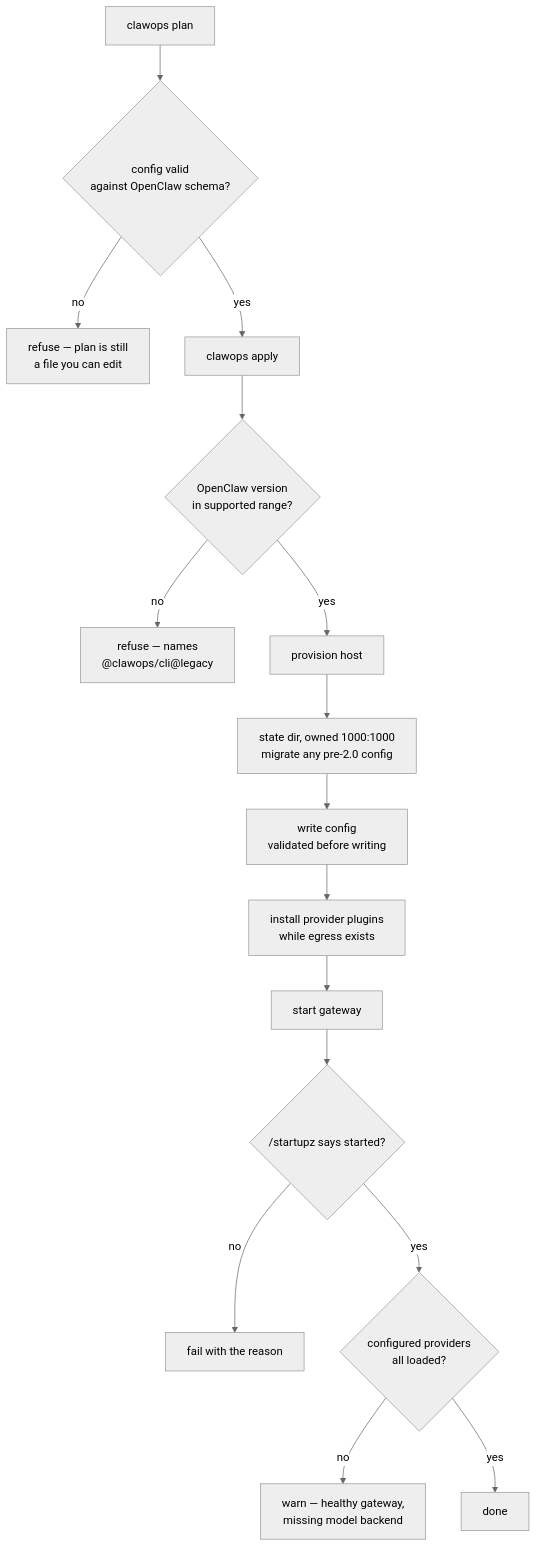
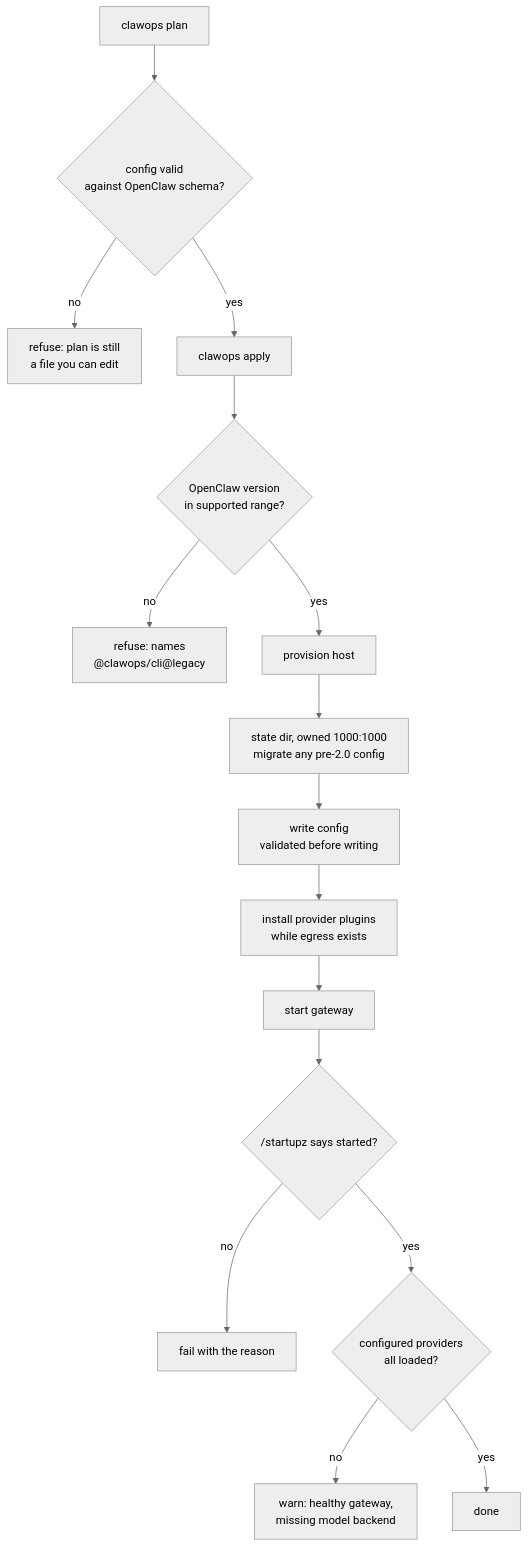
Before and after one commit to dfridkin/clawops: the first of 11 diagrams in README.md, drawn with Mermaid (neutral theme). The commit also changed other lines of this file and 83 other files, not shown here.

````diff
--- a/README.md
+++ b/README.md
@@ -118,18 +118,18 @@
 ```mermaid
 flowchart TD
     A["clawops plan"] --> B{"config valid<br/>against OpenClaw schema?"}
-    B -- no --> B1["refuse — plan is still<br/>a file you can edit"]
+    B -- no --> B1["refuse: plan is still<br/>a file you can edit"]
     B -- yes --> C["clawops apply"]
     C --> D{"OpenClaw version<br/>in supported range?"}
-    D -- no --> D1["refuse — names<br/>@clawops/cli@legacy"]
+    D -- no --> D1["refuse: names<br/>@clawops/cli@legacy"]
     D -- yes --> E["provision host"]
     E --> F["state dir, owned 1000:1000<br/>migrate any pre-2.0 config"]
     F --> G["write config<br/>validated before writing"]
     G --> H["install provider plugins<br/>while egress exists"]
     H --> I["start gateway"]
     I --> J{"/startupz says started?"}
     J -- no --> J1["fail with the reason"]
     J -- yes --> K{"configured providers<br/>all loaded?"}
-    K -- no --> K1["warn — healthy gateway,<br/>missing model backend"]
+    K -- no --> K1["warn: healthy gateway,<br/>missing model backend"]
     K -- yes --> L["done"]
 ```
````
